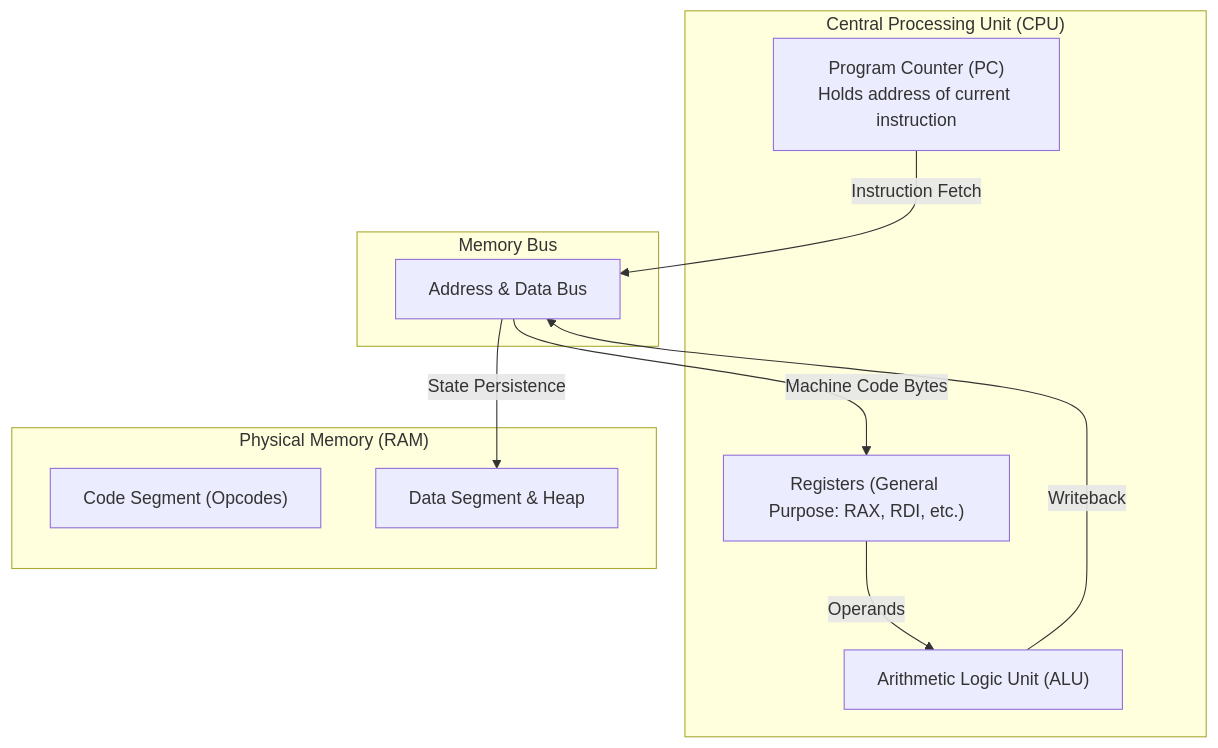
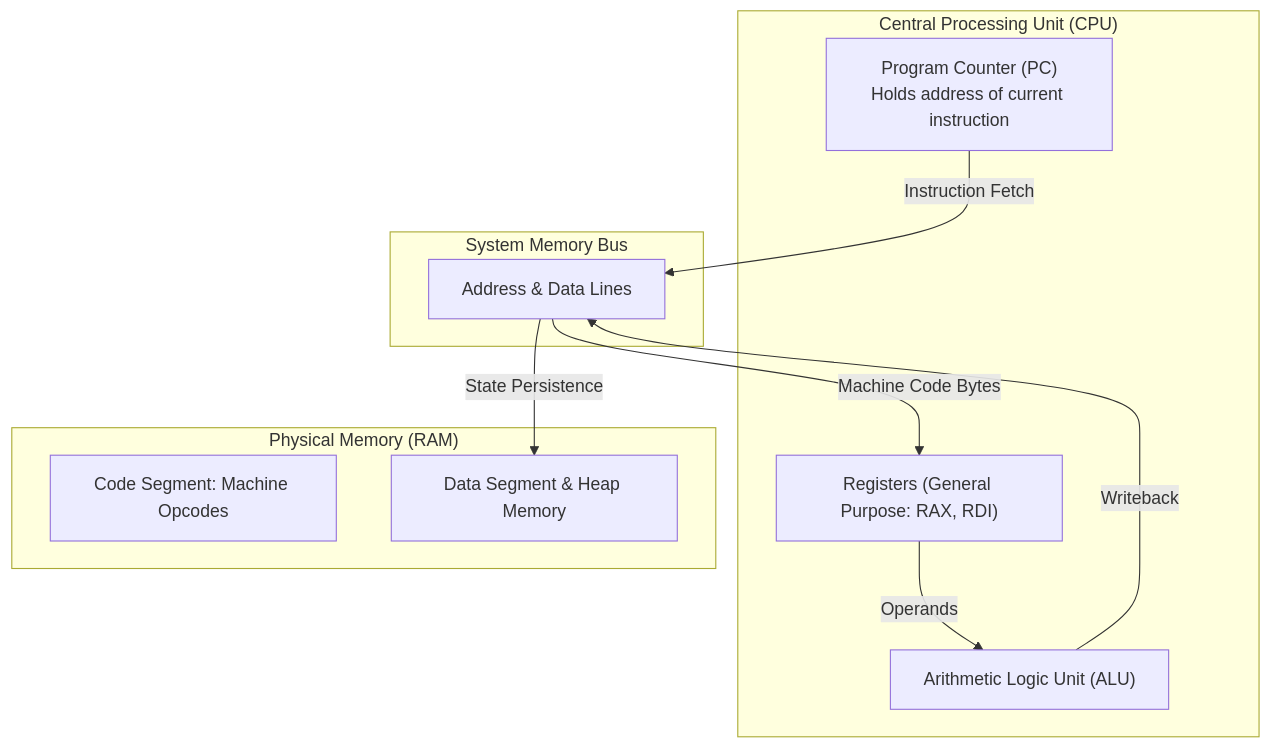
One commit to AchuAshwath/Cthru-Python changed the second of 2 diagrams in src/content/docs/foundations/hardware-and-memory.mdx. Above: the diagram before and after it, drawn with Mermaid. The commit also changed other lines of this file and 6 other files, not shown here.

Commit message:
docs: remove unquantified numbers from subheadings and apply mermaid writing standards

````diff
--- a/src/content/docs/foundations/hardware-and-memory.mdx
+++ b/src/content/docs/foundations/hardware-and-memory.mdx
@@ -60,23 +60,23 @@
 ```mermaid
 flowchart TD
     subgraph CPU["Central Processing Unit (CPU)"]
         PC["Program Counter (PC)<br/>Holds address of current instruction"]
-        Regs["Registers (General Purpose: RAX, RDI, etc.)"]
+        Regs["Registers (General Purpose: RAX, RDI)"]
         ALU["Arithmetic Logic Unit (ALU)"]
     end
 
-    subgraph Bus["Memory Bus"]
-        AddressBus["Address & Data Bus"]
+    subgraph Bus["System Memory Bus"]
+        AddressBus["Address & Data Lines"]
     end
 
     subgraph RAM["Physical Memory (RAM)"]
-        Instructions["Code Segment (Opcodes)"]
-        DataSpace["Data Segment & Heap"]
+        Instructions["Code Segment: Machine Opcodes"]
+        DataSpace["Data Segment & Heap Memory"]
     end
 
     PC -->|Instruction Fetch| AddressBus
     AddressBus -->|Machine Code Bytes| Regs
     Regs -->|Operands| ALU
     ALU -->|Writeback| AddressBus
     AddressBus -->|State Persistence| DataSpace
 ```
````
